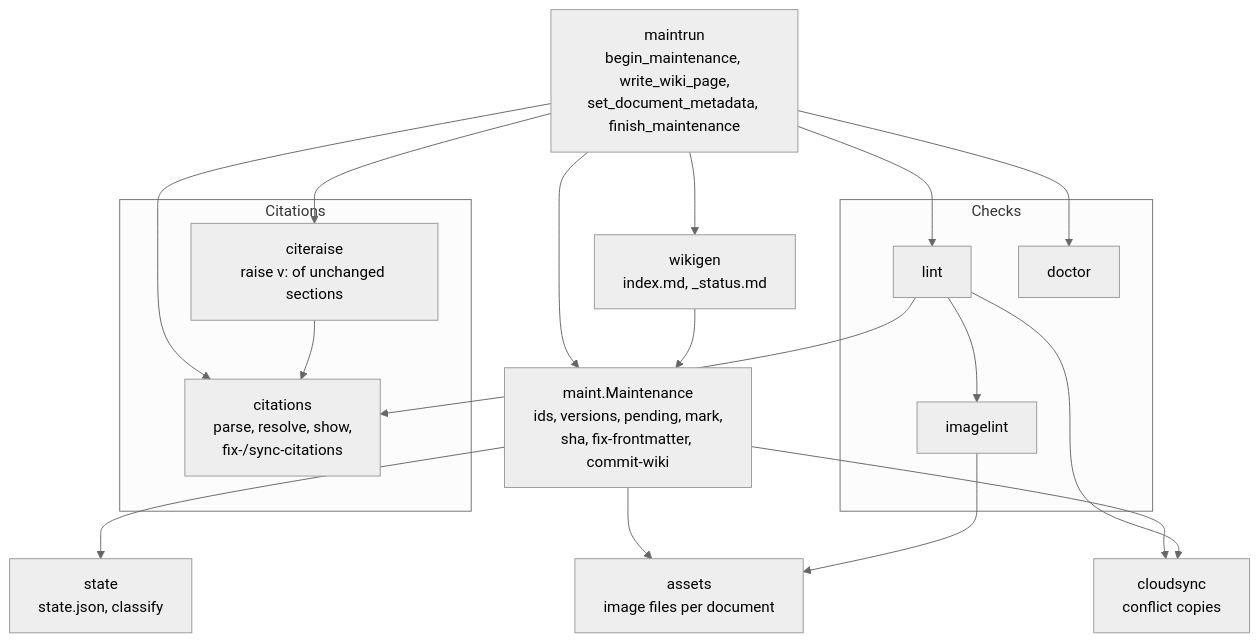
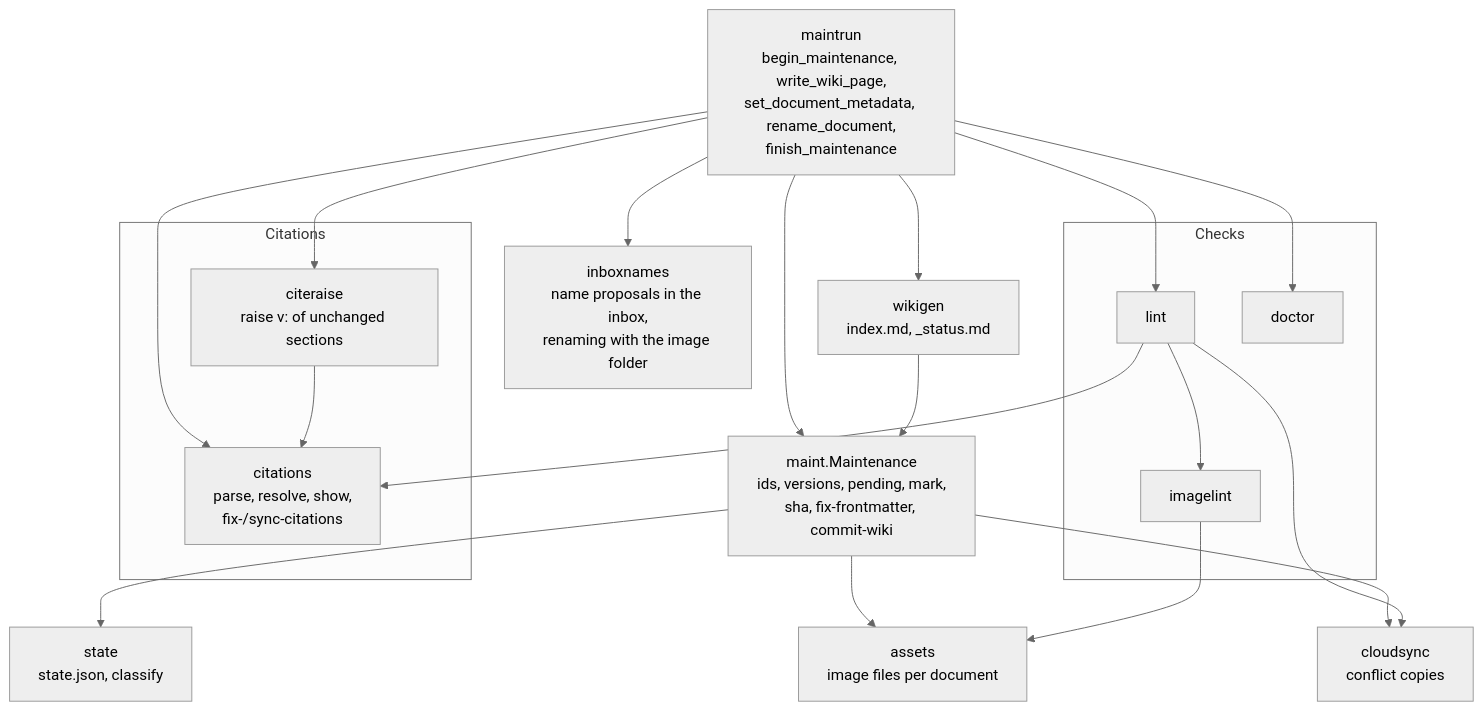
Before and after one commit to achim0x/pkm-llm-wiki: diagram 18 of 22 in docs/architecture.md, drawn with Mermaid (neutral theme). The commit also changed other lines of this file and 14 other files, not shown here.

First line of the commit message:
Name proposals for new documents in the inbox, rename_document

````diff
--- a/docs/architecture.md
+++ b/docs/architecture.md
@@ -738,33 +738,35 @@
 ```mermaid
 flowchart TB
-    maintrun["maintrun<br/>begin_maintenance, write_wiki_page,<br/>set_document_metadata, finish_maintenance"]
+    maintrun["maintrun<br/>begin_maintenance, write_wiki_page,<br/>set_document_metadata, rename_document,<br/>finish_maintenance"]
+    inboxnames["inboxnames<br/>name proposals in the inbox,<br/>renaming with the image folder"]
     maint["maint.Maintenance<br/>ids, versions, pending, mark,<br/>sha, fix-frontmatter, commit-wiki"]
     subgraph cit["Citations"]
         citations["citations<br/>parse, resolve, show,<br/>fix-/sync-citations"]
         citeraise["citeraise<br/>raise v: of unchanged sections"]
     end
     subgraph checks["Checks"]
         lint["lint"]
         imagelint["imagelint"]
         doctor["doctor"]
     end
     wikigen["wikigen<br/>index.md, _status.md"]
     state["state<br/>state.json, classify"]
     assets["assets<br/>image files per document"]
     cloudsync["cloudsync<br/>conflict copies"]
     maintrun --> maint
+    maintrun --> inboxnames
     maintrun --> citations
     maintrun --> citeraise
     maintrun --> lint
     maintrun --> doctor
     maintrun --> wikigen
     maint --> state
     maint --> assets
     maint --> cloudsync
     citeraise --> citations
     lint --> citations
     lint --> imagelint
     lint --> cloudsync
     imagelint --> assets
     wikigen --> maint
 ```
````
